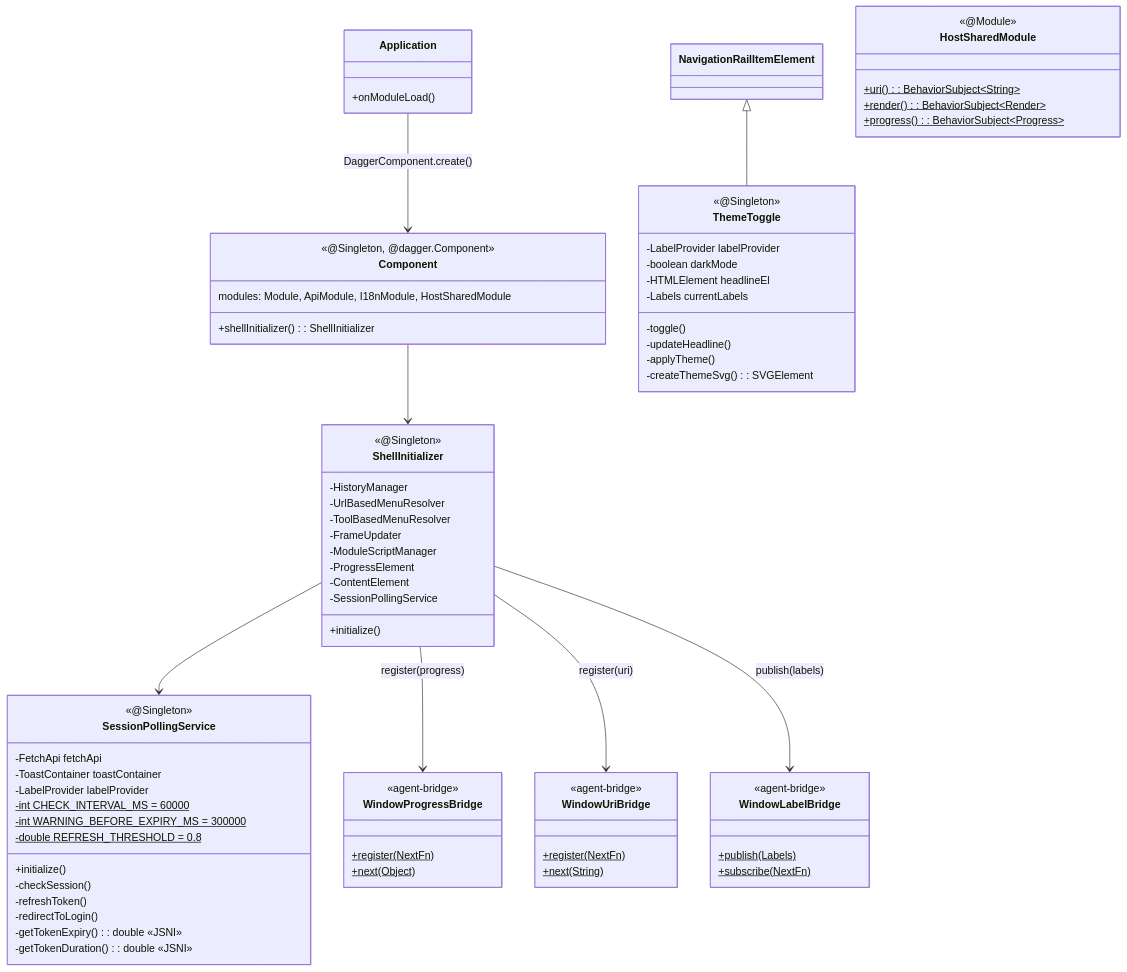
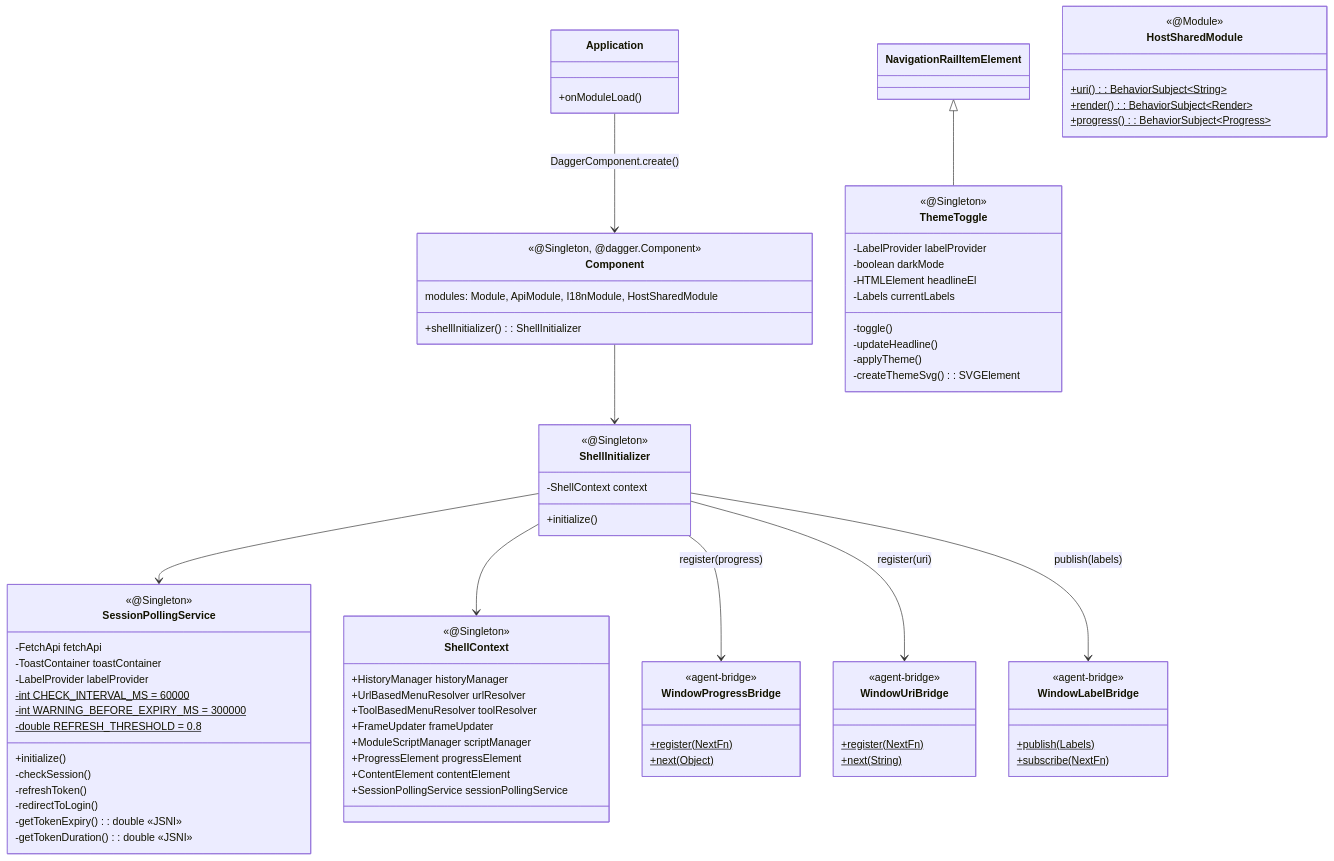
One commit to sayaya1090/handbook changed the fifth of 6 diagrams in shell-ui/CLASS-DIAGRAM.md. Above: the diagram before and after it, drawn with Mermaid. The commit also changed 6 other files, not shown here.

```diff
--- a/shell-ui/CLASS-DIAGRAM.md
+++ b/shell-ui/CLASS-DIAGRAM.md
@@ -341,16 +341,20 @@
         modules: Module, ApiModule, I18nModule, HostSharedModule
         +shellInitializer(): ShellInitializer
     }
+    class ShellContext {
+        <<@Singleton>>
+        +HistoryManager historyManager
+        +UrlBasedMenuResolver urlResolver
+        +ToolBasedMenuResolver toolResolver
+        +FrameUpdater frameUpdater
+        +ModuleScriptManager scriptManager
+        +ProgressElement progressElement
+        +ContentElement contentElement
+        +SessionPollingService sessionPollingService
+    }
     class ShellInitializer {
         <<@Singleton>>
-        -HistoryManager
-        -UrlBasedMenuResolver
-        -ToolBasedMenuResolver
-        -FrameUpdater
-        -ModuleScriptManager
-        -ProgressElement
-        -ContentElement
-        -SessionPollingService
+        -ShellContext context
         +initialize()
     }
     class SessionPollingService {
@@ -405,6 +409,7 @@
 
     Application --> Component : DaggerComponent.create()
     Component --> ShellInitializer
+    ShellInitializer --> ShellContext
     ShellInitializer --> WindowProgressBridge : register(progress)
     ShellInitializer --> WindowUriBridge : register(uri)
     ShellInitializer --> WindowLabelBridge : publish(labels)
```
